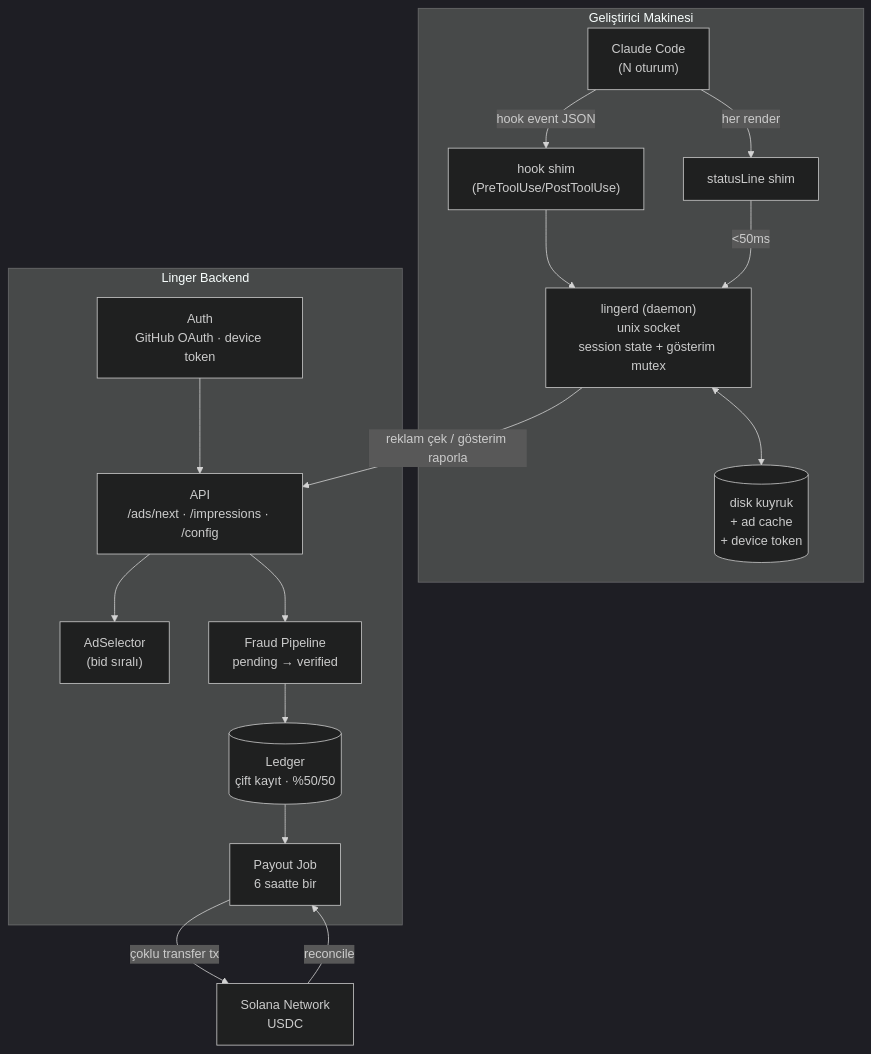
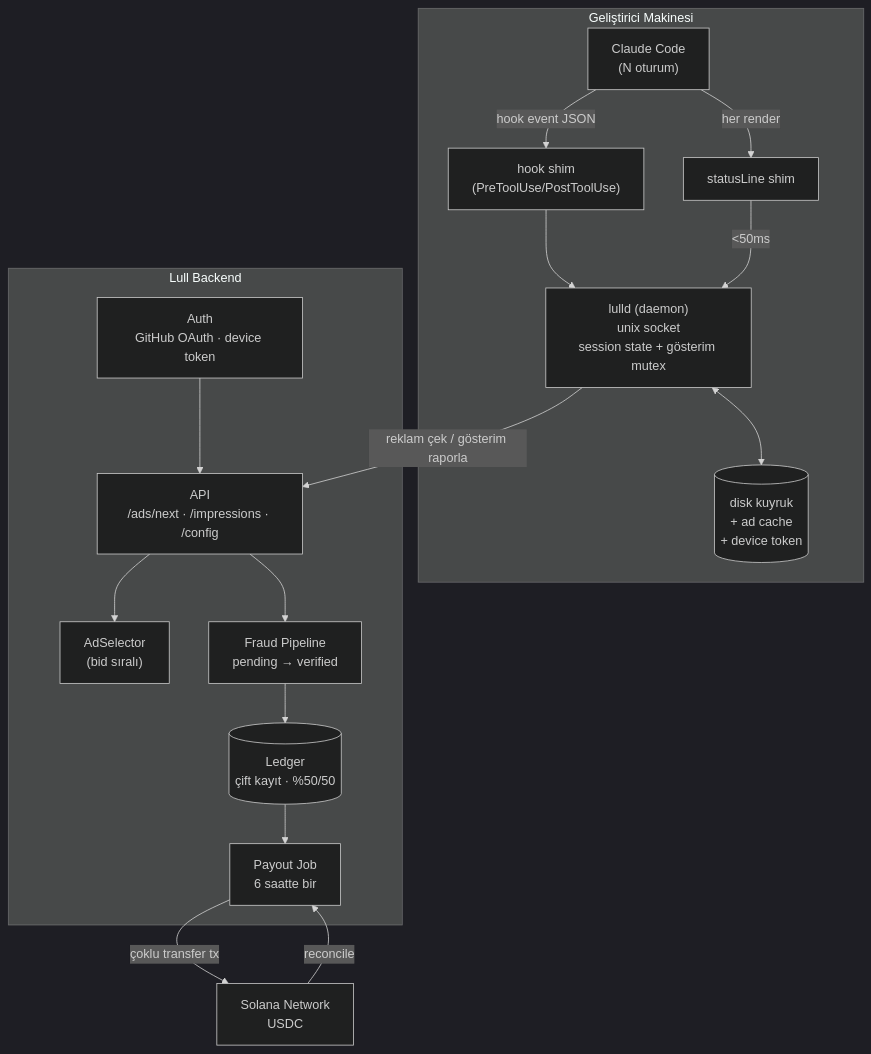
The first of 2 diagrams in PROJECT.md (ynsmlkc/Lull), drawn with Mermaid (dark theme) before and after one commit. The commit also changed other lines of this file and 122 other files, not shown here.

````diff
--- a/PROJECT.md
+++ b/PROJECT.md
@@ -695,33 +695,33 @@
 ```mermaid
 flowchart TB
     subgraph dev["Geliştirici Makinesi"]
         CC["Claude Code<br/>(N oturum)"]
         HOOK["hook shim<br/>(PreToolUse/PostToolUse)"]
         SL["statusLine shim"]
-        D["lingerd (daemon)<br/>unix socket<br/>session state + gösterim mutex"]
+        D["lulld (daemon)<br/>unix socket<br/>session state + gösterim mutex"]
         Q[("disk kuyruk<br/>+ ad cache<br/>+ device token")]
         CC -->|hook event JSON| HOOK
         CC -->|her render| SL
         HOOK --> D
         SL -->|<50ms| D
         D <--> Q
     end
 
-    subgraph srv["Linger Backend"]
+    subgraph srv["Lull Backend"]
         AUTH["Auth<br/>GitHub OAuth · device token"]
         API["API<br/>/ads/next · /impressions · /config"]
         SEL["AdSelector<br/>(bid sıralı)"]
         FR["Fraud Pipeline<br/>pending → verified"]
         LG[("Ledger<br/>çift kayıt · %50/50")]
         PAY["Payout Job<br/>6 saatte bir"]
         AUTH --> API
         API --> SEL
         API --> FR
         FR --> LG
         LG --> PAY
     end
 
     D -->|reklam çek / gösterim raporla| API
     PAY -->|çoklu transfer tx| STL["Solana Network<br/>USDC"]
     STL -->|reconcile| PAY
 ```
````
